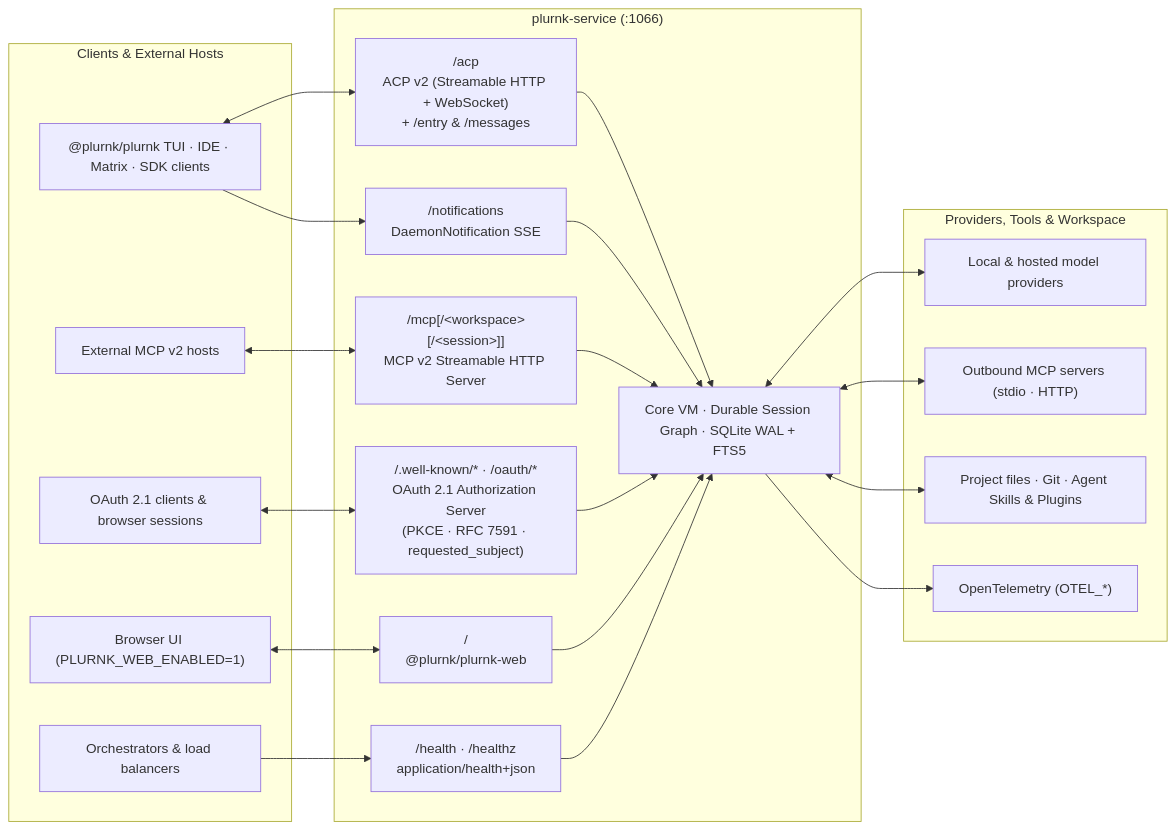
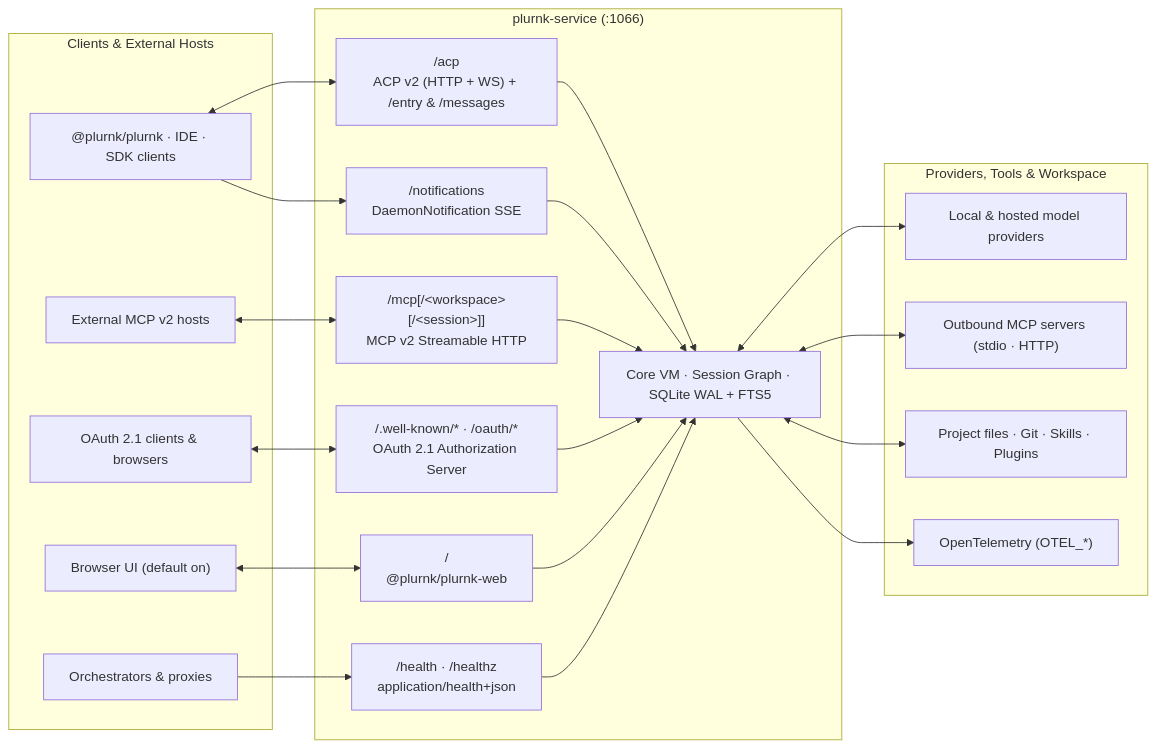
One commit to plurnk/plurnk-service changed the diagram in README.md. Above: the diagram before and after it, drawn with Mermaid. The commit also changed other lines of this file and 46 other files, not shown here.

````diff
--- a/README.md
+++ b/README.md
@@ -23,39 +19,39 @@
 ```mermaid
 flowchart LR
     subgraph Inbound["Clients & External Hosts"]
-        cli["@plurnk/plurnk TUI · IDE · Matrix · SDK clients"]
+        cli["@plurnk/plurnk · IDE · SDK clients"]
         mcpHosts["External MCP v2 hosts"]
-        authClients["OAuth 2.1 clients & browser sessions"]
-        browser["Browser UI (PLURNK_WEB_ENABLED=1)"]
-        probes["Orchestrators & load balancers"]
+        authClients["OAuth 2.1 clients & browsers"]
+        browser["Browser UI (default on)"]
+        probes["Orchestrators & proxies"]
     end
 
     subgraph Listener["plurnk-service (:1066)"]
-        acp["/acp<br/>ACP v2 (Streamable HTTP + WebSocket)<br/>+ /entry & /messages"]
-        mcp["/mcp[/&lt;workspace&gt;[/&lt;session&gt;]]<br/>MCP v2 Streamable HTTP Server"]
+        acp["/acp<br/>ACP v2 (HTTP + WS) + /entry & /messages"]
+        mcp["/mcp[/&lt;workspace&gt;[/&lt;session&gt;]]<br/>MCP v2 Streamable HTTP"]
         notifications["/notifications<br/>DaemonNotification SSE"]
-        oauth["/.well-known/* · /oauth/*<br/>OAuth 2.1 Authorization Server<br/>(PKCE · RFC 7591 · requested_subject)"]
+        oauth["/.well-known/* · /oauth/*<br/>OAuth 2.1 Authorization Server"]
         web["/<br/>@plurnk/plurnk-web"]
         health["/health · /healthz<br/>application/health+json"]
-        core["Core VM · Durable Session Graph · SQLite WAL + FTS5"]
+        core["Core VM · Session Graph · SQLite WAL + FTS5"]
         acp & mcp & notifications & oauth & web & health --> core
     end
 
     subgraph Outbound["Providers, Tools & Workspace"]
         models["Local & hosted model providers"]
         extMcp["Outbound MCP servers (stdio · HTTP)"]
-        workspace["Project files · Git · Agent Skills & Plugins"]
+        workspace["Project files · Git · Skills · Plugins"]
         otel["OpenTelemetry (OTEL_*)"]
     end
 
     cli <--> acp
     cli --> notifications
     mcpHosts <--> mcp
     authClients <--> oauth
     browser <--> web
     probes --> health
     core <--> models
     core <--> extMcp
     core <--> workspace
     core --> otel
 ```
````
